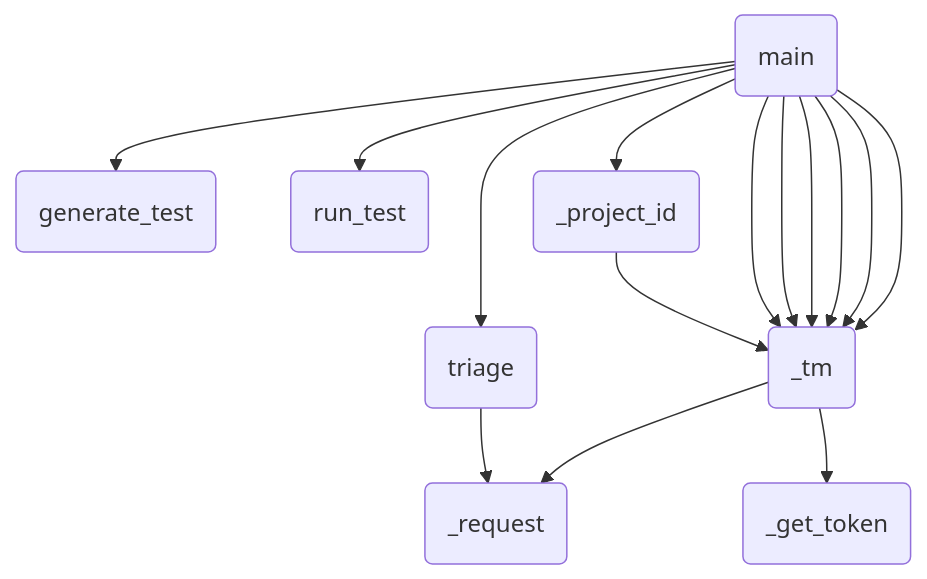
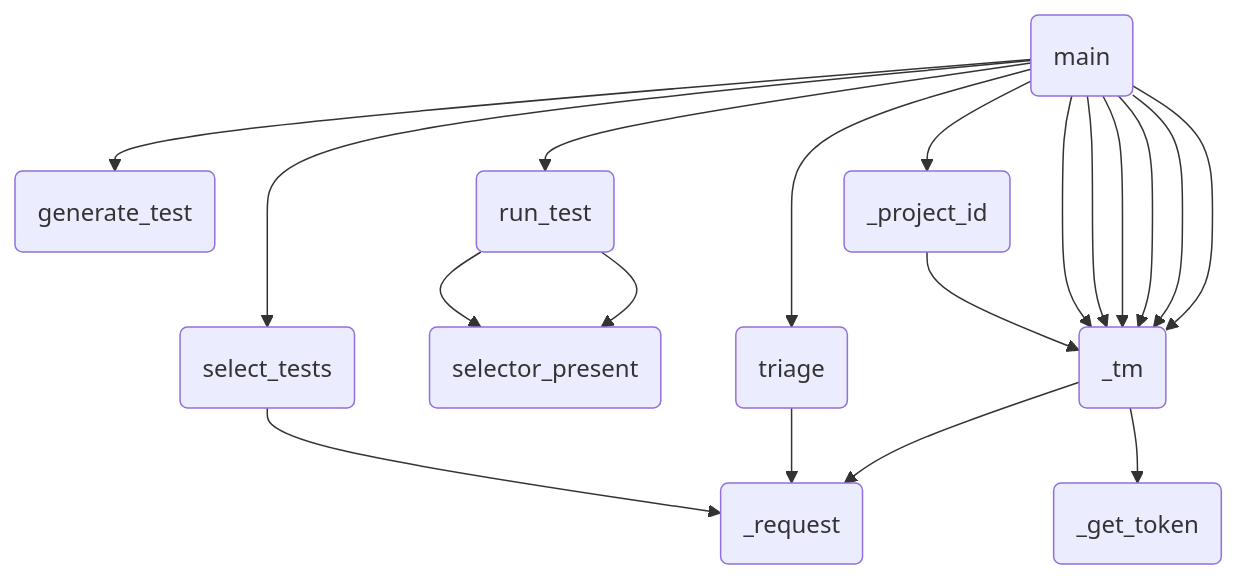
Before and after one commit to yanzaaa/selfheal: the diagram in uipath-agent/main.mermaid, drawn with Mermaid. The commit also changed 6 other files, not shown here.

```diff
--- a/uipath-agent/main.mermaid
+++ b/uipath-agent/main.mermaid
@@ -1,25 +1,31 @@
 %% AUTO-GENERATED by `uipath init`. Do not edit manually.
 %% Regenerated on every `uipath init`.
 flowchart TB
-  main.py:280(main)
-  main.py:128(generate_test)
-  main.py:151(run_test)
-  main.py:196(triage)
-  main.py:60(_request)
-  main.py:116(_project_id)
-  main.py:101(_tm)
-  main.py:92(_get_token)
-  main.py:280 --> main.py:128
-  main.py:280 --> main.py:151
-  main.py:196 --> main.py:60
-  main.py:280 --> main.py:196
-  main.py:101 --> main.py:60
-  main.py:101 --> main.py:92
-  main.py:116 --> main.py:101
-  main.py:280 --> main.py:116
-  main.py:280 --> main.py:101
-  main.py:280 --> main.py:101
-  main.py:280 --> main.py:101
-  main.py:280 --> main.py:101
-  main.py:280 --> main.py:101
-  main.py:280 --> main.py:101
+  main.py:344(main)
+  main.py:132(generate_test)
+  main.py:250(select_tests)
+  main.py:64(_request)
+  main.py:162(run_test)
+  main.py:151(selector_present)
+  main.py:207(triage)
+  main.py:120(_project_id)
+  main.py:105(_tm)
+  main.py:96(_get_token)
+  main.py:344 --> main.py:132
+  main.py:250 --> main.py:64
+  main.py:344 --> main.py:250
+  main.py:162 --> main.py:151
+  main.py:162 --> main.py:151
+  main.py:344 --> main.py:162
+  main.py:207 --> main.py:64
+  main.py:344 --> main.py:207
+  main.py:105 --> main.py:64
+  main.py:105 --> main.py:96
+  main.py:120 --> main.py:105
+  main.py:344 --> main.py:120
+  main.py:344 --> main.py:105
+  main.py:344 --> main.py:105
+  main.py:344 --> main.py:105
+  main.py:344 --> main.py:105
+  main.py:344 --> main.py:105
+  main.py:344 --> main.py:105
```
